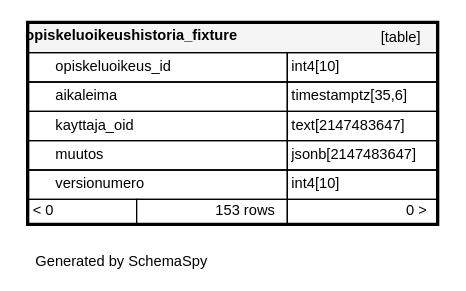
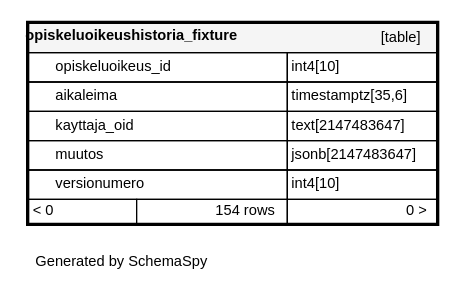
The diagram in documentation/tietokantaskeemat/koski/diagrams/tables/opiskeluoikeushistoria_fixture.1degree.dot (Opetushallitus/koski), drawn with Graphviz before and after one commit. The commit also changed 153 other files, not shown here.

```diff
--- a/documentation/tietokantaskeemat/koski/diagrams/tables/opiskeluoikeushistoria_fixture.1degree.dot
+++ b/documentation/tietokantaskeemat/koski/diagrams/tables/opiskeluoikeushistoria_fixture.1degree.dot
@@ -1,18 +1,18 @@
 digraph "oneDegreeRelationshipsDiagram" {
   graph [    rankdir="RL"    bgcolor="#ffffff"    label="\nGenerated by SchemaSpy"    labeljust="l"    nodesep="0.18"    ranksep="0.46"    fontname="Helvetica"    fontsize="11"    ration="compress"  ];  node [    fontname="Helvetica"    fontsize="11"    shape="plaintext"  ];  edge [    arrowsize="0.8"  ];
   "opiskeluoikeushistoria_fixture" [
    label=<
     <TABLE BORDER="2" CELLBORDER="1" CELLSPACING="0" BGCOLOR="#ffffff">
       <TR><TD COLSPAN="4"  BGCOLOR="#f5f5f5"><TABLE BORDER="0" CELLSPACING="0"><TR><TD ALIGN="LEFT" FIXEDSIZE="TRUE" WIDTH="173" HEIGHT="16"><B>opiskeluoikeushistoria_fixture</B></TD><TD ALIGN="RIGHT">[table]</TD></TR></TABLE></TD></TR>
       <TR><TD PORT="opiskeluoikeus_id" COLSPAN="2" ALIGN="LEFT"><TABLE BORDER="0" CELLSPACING="0" ALIGN="LEFT"><TR ALIGN="LEFT"><TD ALIGN="LEFT" FIXEDSIZE="TRUE" WIDTH="15" HEIGHT="16"></TD><TD ALIGN="LEFT" FIXEDSIZE="TRUE" WIDTH="173" HEIGHT="16">opiskeluoikeus_id</TD></TR></TABLE></TD><TD PORT="opiskeluoikeus_id.type" ALIGN="LEFT">int4[10]</TD></TR>
       <TR><TD PORT="aikaleima" COLSPAN="2" ALIGN="LEFT"><TABLE BORDER="0" CELLSPACING="0" ALIGN="LEFT"><TR ALIGN="LEFT"><TD ALIGN="LEFT" FIXEDSIZE="TRUE" WIDTH="15" HEIGHT="16"></TD><TD ALIGN="LEFT" FIXEDSIZE="TRUE" WIDTH="173" HEIGHT="16">aikaleima</TD></TR></TABLE></TD><TD PORT="aikaleima.type" ALIGN="LEFT">timestamptz[35,6]</TD></TR>
       <TR><TD PORT="kayttaja_oid" COLSPAN="2" ALIGN="LEFT"><TABLE BORDER="0" CELLSPACING="0" ALIGN="LEFT"><TR ALIGN="LEFT"><TD ALIGN="LEFT" FIXEDSIZE="TRUE" WIDTH="15" HEIGHT="16"></TD><TD ALIGN="LEFT" FIXEDSIZE="TRUE" WIDTH="173" HEIGHT="16">kayttaja_oid</TD></TR></TABLE></TD><TD PORT="kayttaja_oid.type" ALIGN="LEFT">text[2147483647]</TD></TR>
       <TR><TD PORT="muutos" COLSPAN="2" ALIGN="LEFT"><TABLE BORDER="0" CELLSPACING="0" ALIGN="LEFT"><TR ALIGN="LEFT"><TD ALIGN="LEFT" FIXEDSIZE="TRUE" WIDTH="15" HEIGHT="16"></TD><TD ALIGN="LEFT" FIXEDSIZE="TRUE" WIDTH="173" HEIGHT="16">muutos</TD></TR></TABLE></TD><TD PORT="muutos.type" ALIGN="LEFT">jsonb[2147483647]</TD></TR>
       <TR><TD PORT="versionumero" COLSPAN="2" ALIGN="LEFT"><TABLE BORDER="0" CELLSPACING="0" ALIGN="LEFT"><TR ALIGN="LEFT"><TD ALIGN="LEFT" FIXEDSIZE="TRUE" WIDTH="15" HEIGHT="16"></TD><TD ALIGN="LEFT" FIXEDSIZE="TRUE" WIDTH="173" HEIGHT="16">versionumero</TD></TR></TABLE></TD><TD PORT="versionumero.type" ALIGN="LEFT">int4[10]</TD></TR>
-      <TR><TD ALIGN="LEFT" BGCOLOR="#ffffff">&lt; 0</TD><TD ALIGN="RIGHT" BGCOLOR="#ffffff">153 rows</TD><TD ALIGN="RIGHT" BGCOLOR="#ffffff">0 &gt;</TD></TR>
+      <TR><TD ALIGN="LEFT" BGCOLOR="#ffffff">&lt; 0</TD><TD ALIGN="RIGHT" BGCOLOR="#ffffff">154 rows</TD><TD ALIGN="RIGHT" BGCOLOR="#ffffff">0 &gt;</TD></TR>
     </TABLE>>
     URL="../../tables/opiskeluoikeushistoria_fixture.html"
     target="_top"
     tooltip="opiskeluoikeushistoria_fixture"
   ];
 }
```
